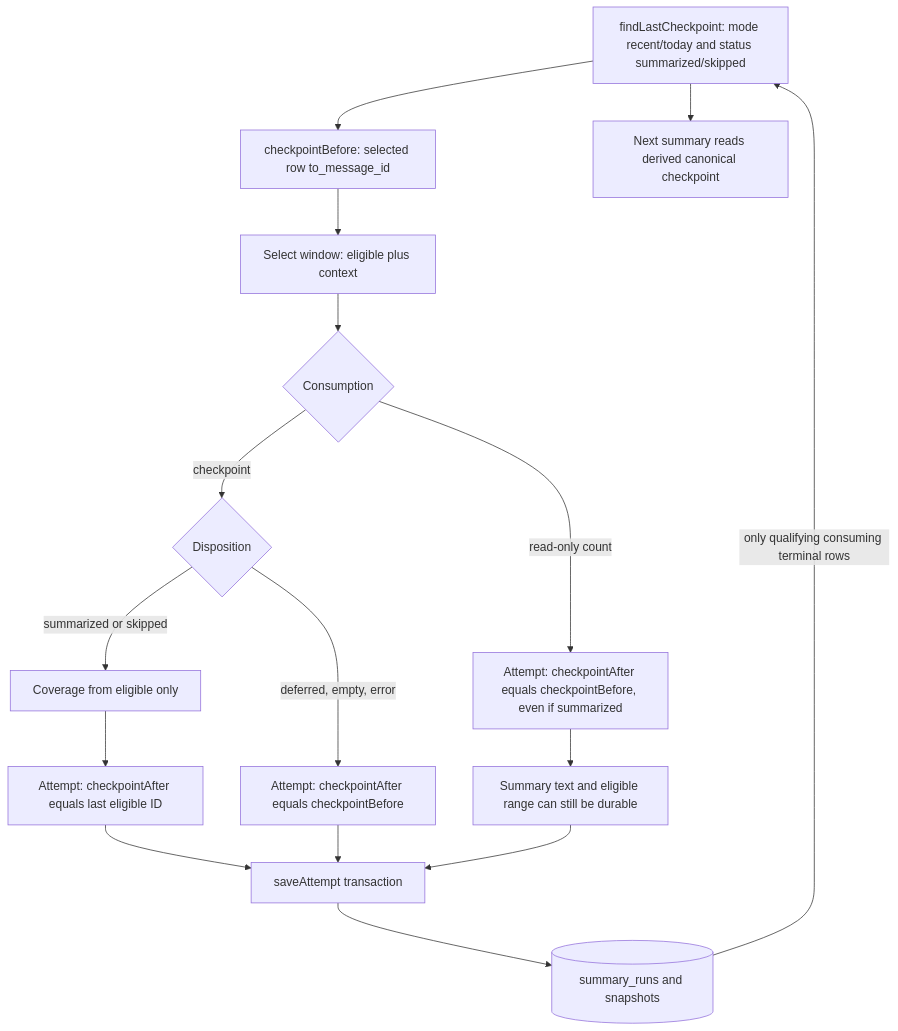
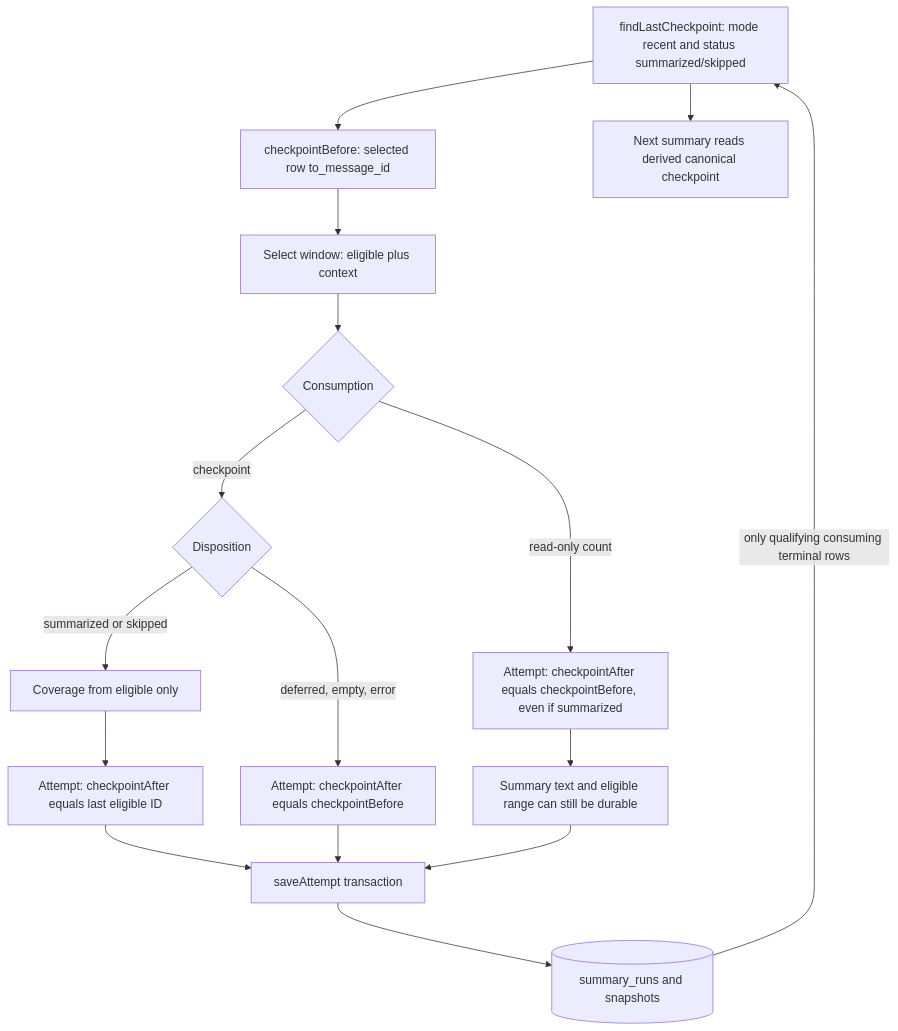
One commit to volynetstyle/microsonya changed the eighth of 12 diagrams in docs/architecture/mental-model.md. Above: the diagram before and after it, drawn with Mermaid. The commit also changed other lines of this file and 20 other files, not shown here.

````diff
--- a/docs/architecture/mental-model.md
+++ b/docs/architecture/mental-model.md
@@ -366,18 +370,18 @@
 ```mermaid
 flowchart TD
-    LOOK["findLastCheckpoint: mode recent/today and status summarized/skipped"] --> B["checkpointBefore: selected row to_message_id"]
+    LOOK["findLastCheckpoint: mode recent and status summarized/skipped"] --> B["checkpointBefore: selected row to_message_id"]
     B --> W["Select window: eligible plus context"]
     W --> MODE{"Consumption"}
     MODE -->|"checkpoint"| ACT{"Disposition"}
     ACT -->|"summarized or skipped"| COV["Coverage from eligible only"]
     COV --> A["Attempt: checkpointAfter equals last eligible ID"]
     ACT -->|"deferred, empty, error"| SAME["Attempt: checkpointAfter equals checkpointBefore"]
     MODE -->|"read-only count"| COUNT["Attempt: checkpointAfter equals checkpointBefore, even if summarized"]
     COUNT --> TEXT["Summary text and eligible range can still be durable"]
     A --> TX["saveAttempt transaction"]
     SAME --> TX
     TEXT --> TX
     TX --> LED[("summary_runs and snapshots")]
     LED -->|"only qualifying consuming terminal rows"| LOOK
     LOOK --> NEXT["Next summary reads derived canonical checkpoint"]
 ```
````
